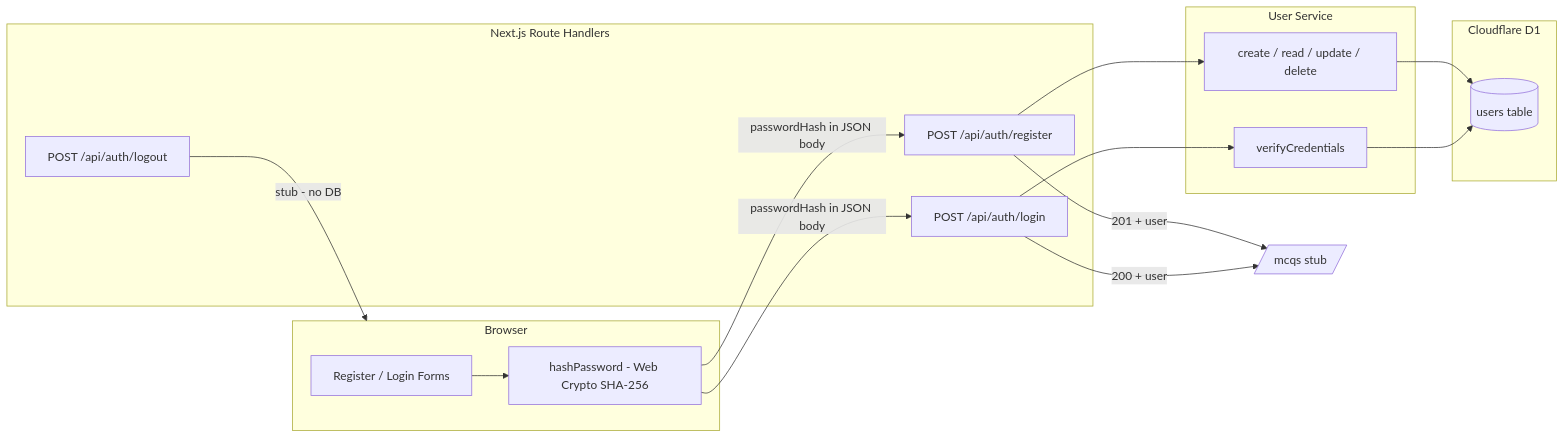
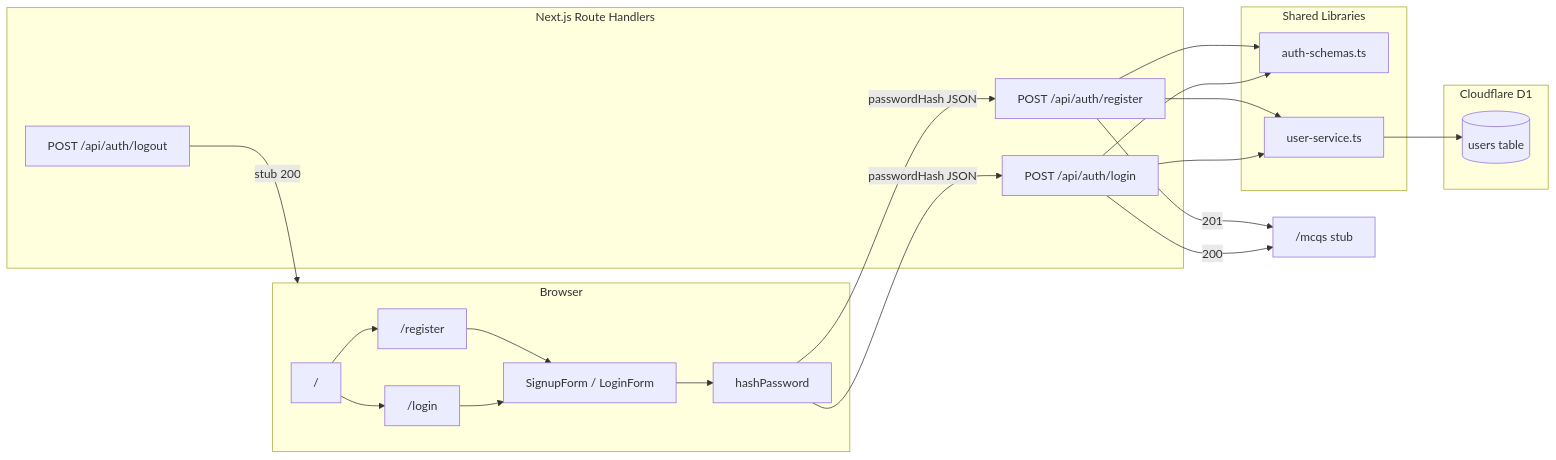
One commit to bille-suresh/aisprints-quizmaker changed the diagram in ai-workspace/TECHNICAL_PRD_USER_AUTHENTICATION.md. Above: the diagram before and after it, drawn with Mermaid. The commit also changed other lines of this file and 19 other files, not shown here.

````diff
--- a/ai-workspace/TECHNICAL_PRD_USER_AUTHENTICATION.md
+++ b/ai-workspace/TECHNICAL_PRD_USER_AUTHENTICATION.md
@@ -61,33 +60,41 @@
 ```mermaid
 flowchart LR
   subgraph client [Browser]
-    Forms[Register / Login Forms]
-    Hash[hashPassword - Web Crypto SHA-256]
+    Home["/"]
+    RegisterPage["/register"]
+    LoginPage["/login"]
+    Forms[SignupForm / LoginForm]
+    Hash[hashPassword]
+    Home --> RegisterPage
+    Home --> LoginPage
+    RegisterPage --> Forms
+    LoginPage --> Forms
     Forms --> Hash
   end
 
   subgraph api [Next.js Route Handlers]
     Register[POST /api/auth/register]
     Login[POST /api/auth/login]
     Logout[POST /api/auth/logout]
   end
 
-  subgraph service [User Service]
-    CRUD[create / read / update / delete]
-    Verify[verifyCredentials]
+  subgraph lib [Shared Libraries]
+    Schemas[auth-schemas.ts]
+    UserSvc[user-service.ts]
   end
 
   subgraph data [Cloudflare D1]
     Users[(users table)]
   end
 
-  Hash -->|passwordHash in JSON body| Register
-  Hash -->|passwordHash in JSON body| Login
-  Register --> CRUD
-  Login --> Verify
-  Logout -->|stub - no DB| client
-  CRUD --> Users
-  Verify --> Users
-  Register -->|201 + user| MCQStub[/mcqs stub/]
-  Login -->|200 + user| MCQStub
+  Hash -->|passwordHash JSON| Register
+  Hash -->|passwordHash JSON| Login
+  Register --> Schemas
+  Login --> Schemas
+  Register --> UserSvc
+  Login --> UserSvc
+  Logout -->|stub 200| client
+  UserSvc --> Users
+  Register -->|201| MCQ["/mcqs stub"]
+  Login -->|200| MCQ
 ```
````
